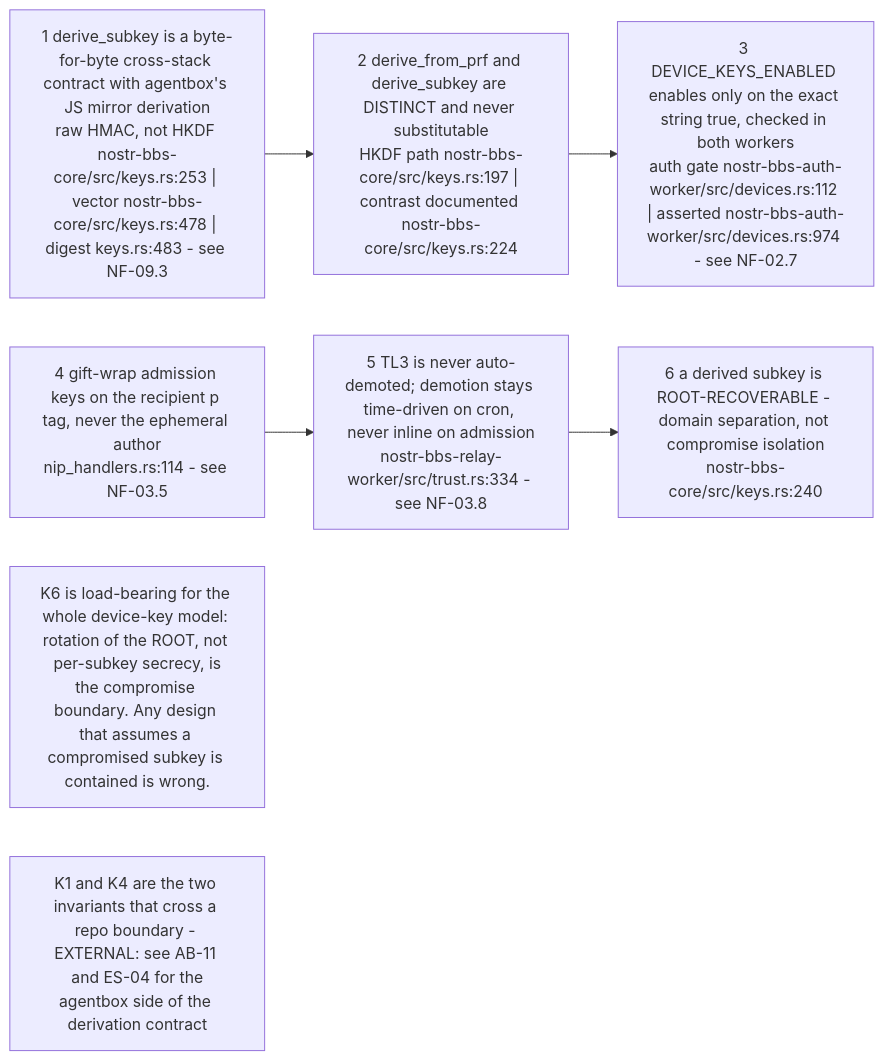
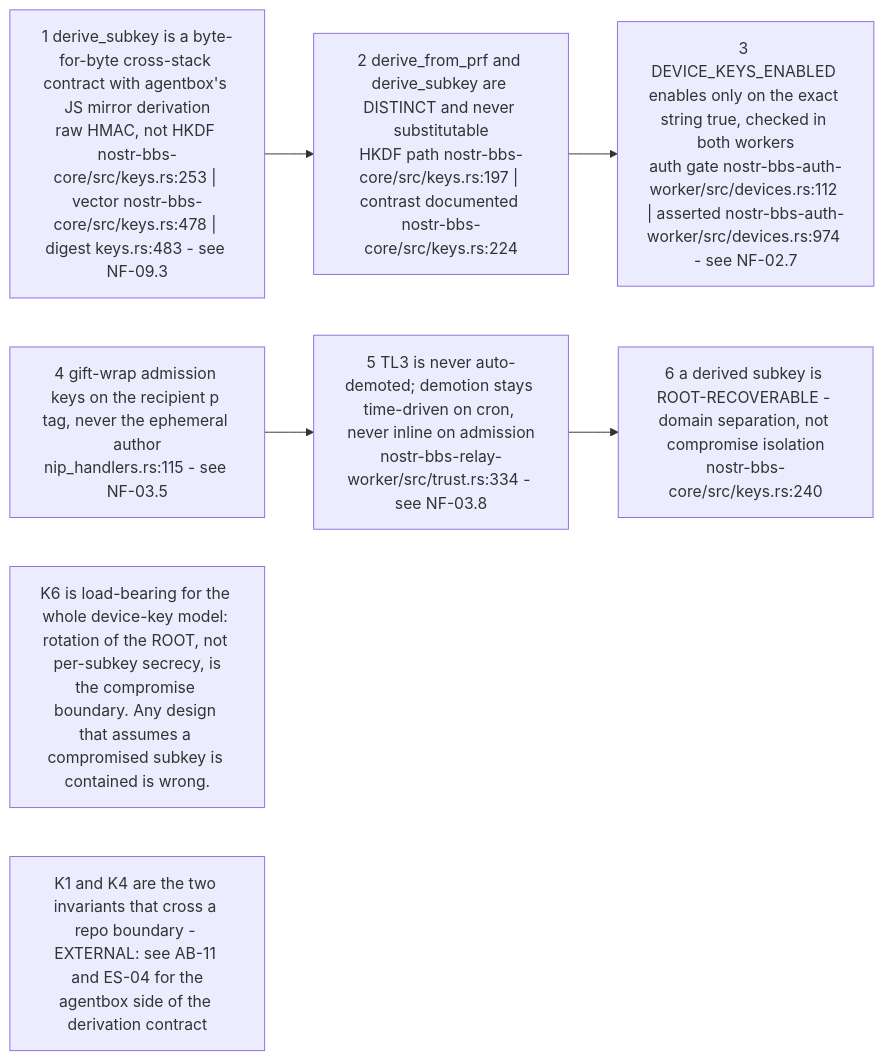
The second of 10 diagrams in docs/diagrams/nostr-rust-forum/10-invariants-and-anomaly-register.md (DreamLab-AI/VisionFlow), drawn with Mermaid before and after one commit. The commit also changed other lines of this file and 136 other files, not shown here.

First line of the commit message:
docs(diagrams): refresh the whole corpus to code HEAD and prune low-value diagrams

````diff
--- a/docs/diagrams/nostr-rust-forum/10-invariants-and-anomaly-register.md
+++ b/docs/diagrams/nostr-rust-forum/10-invariants-and-anomaly-register.md
@@ -73,15 +70,15 @@
 ```mermaid
 flowchart LR
     K1["1 derive_subkey is a byte-for-byte cross-stack contract with agentbox's JS mirror derivation<br/>raw HMAC, not HKDF nostr-bbs-core/src/keys.rs:253 | vector nostr-bbs-core/src/keys.rs:478 | digest keys.rs:483 - see NF-09.3"]
     K2["2 derive_from_prf and derive_subkey are DISTINCT and never substitutable<br/>HKDF path nostr-bbs-core/src/keys.rs:197 | contrast documented nostr-bbs-core/src/keys.rs:224"]
     K3["3 DEVICE_KEYS_ENABLED enables only on the exact string true, checked in both workers<br/>auth gate nostr-bbs-auth-worker/src/devices.rs:112 | asserted nostr-bbs-auth-worker/src/devices.rs:974 - see NF-02.7"]
-    K4["4 gift-wrap admission keys on the recipient p tag, never the ephemeral author<br/>nip_handlers.rs:114 - see NF-03.5"]
+    K4["4 gift-wrap admission keys on the recipient p tag, never the ephemeral author<br/>nip_handlers.rs:115 - see NF-03.5"]
     K5["5 TL3 is never auto-demoted; demotion stays time-driven on cron, never inline on admission<br/>nostr-bbs-relay-worker/src/trust.rs:334 - see NF-03.8"]
     K6["6 a derived subkey is ROOT-RECOVERABLE - domain separation, not compromise isolation<br/>nostr-bbs-core/src/keys.rs:240"]
 
     K1 --> K2 --> K3
     K4 --> K5 --> K6
 
     N1["K6 is load-bearing for the whole device-key model: rotation of the ROOT, not per-subkey secrecy, is<br/>the compromise boundary. Any design that assumes a compromised subkey is contained is wrong."]
     N2["K1 and K4 are the two invariants that cross a repo boundary - EXTERNAL: see AB-11 and ES-04 for the<br/>agentbox side of the derivation contract"]
 ```
````
